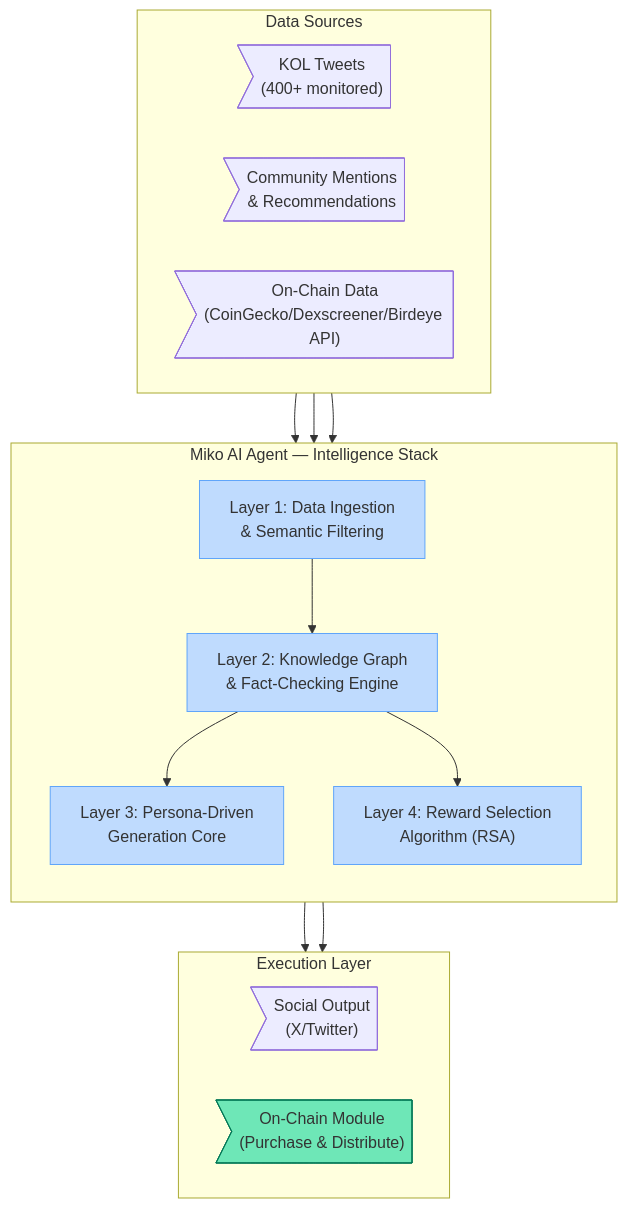
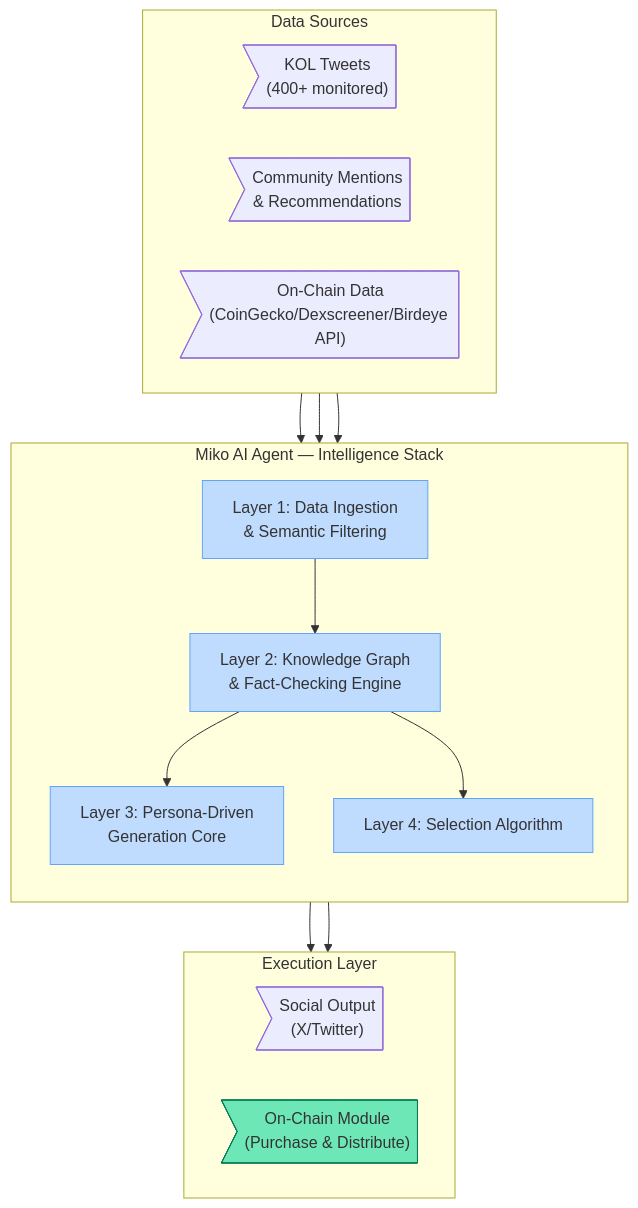
The first of 6 diagrams in docs/technical-architecture/ai-architecture.md (Miko-Protocol/docs), drawn with Mermaid before and after one commit. The commit also changed other lines of this file and 17 other files, not shown here.

````diff
--- a/docs/technical-architecture/ai-architecture.md
+++ b/docs/technical-architecture/ai-architecture.md
@@ -11,34 +11,34 @@
 ```mermaid
 graph TD
     subgraph D["Data Sources"]
         direction LR
         DS1>"KOL Tweets<br/>(400+ monitored)"]
         DS2>"Community Mentions<br/>& Recommendations"]
         DS3>"On-Chain Data<br/>(CoinGecko/Dexscreener/Birdeye API)"]
     end
     subgraph M["Miko AI Agent — Intelligence Stack"]
         direction TB
         L1["Layer 1: Data Ingestion<br/>& Semantic Filtering"]
         L2["Layer 2: Knowledge Graph<br/>& Fact-Checking Engine"]
         L3["Layer 3: Persona-Driven<br/>Generation Core"]
-        L4["Layer 4: Reward Selection<br/>Algorithm (RSA)"]
+        L4["Layer 4: Selection Algorithm"]
         L1 --> L2
         L2 --> L3
         L2 --> L4
     end
     subgraph X["Execution Layer"]
         direction LR
         X1>"Social Output<br/>(X/Twitter)"]
         X2>"On-Chain Module<br/>(Purchase & Distribute)"]
     end
     DS1 --> L1
     DS2 --> L1
     DS3 --> L1
     L3 --> X1
     L4 --> X2
     style L1 fill:#bfdbfe,stroke:#60a5fa
     style L2 fill:#bfdbfe,stroke:#60a5fa
     style L3 fill:#bfdbfe,stroke:#60a5fa
     style L4 fill:#bfdbfe,stroke:#60a5fa
     style X2 fill:#6ee7b7,stroke:#047857
 ```
````
